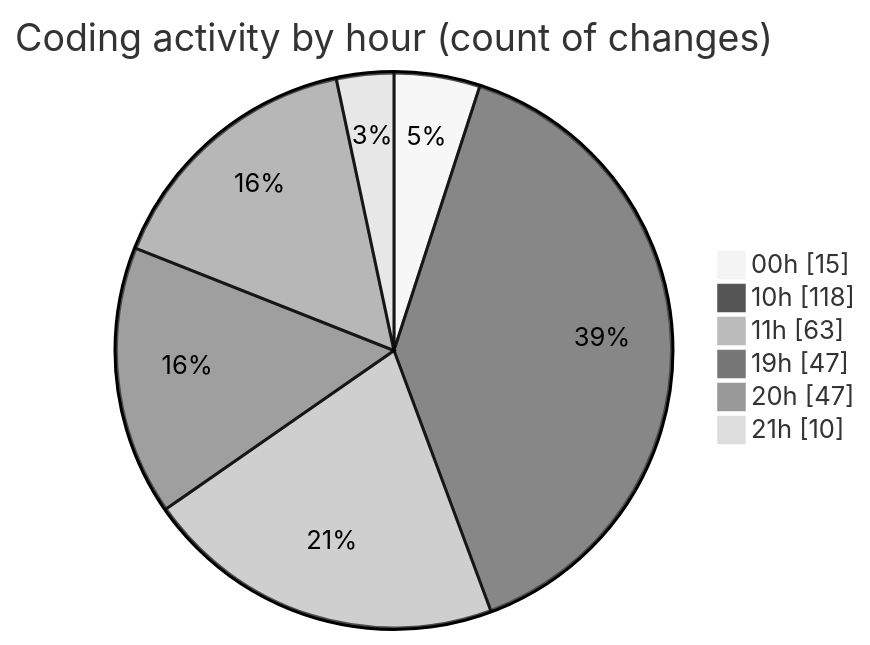
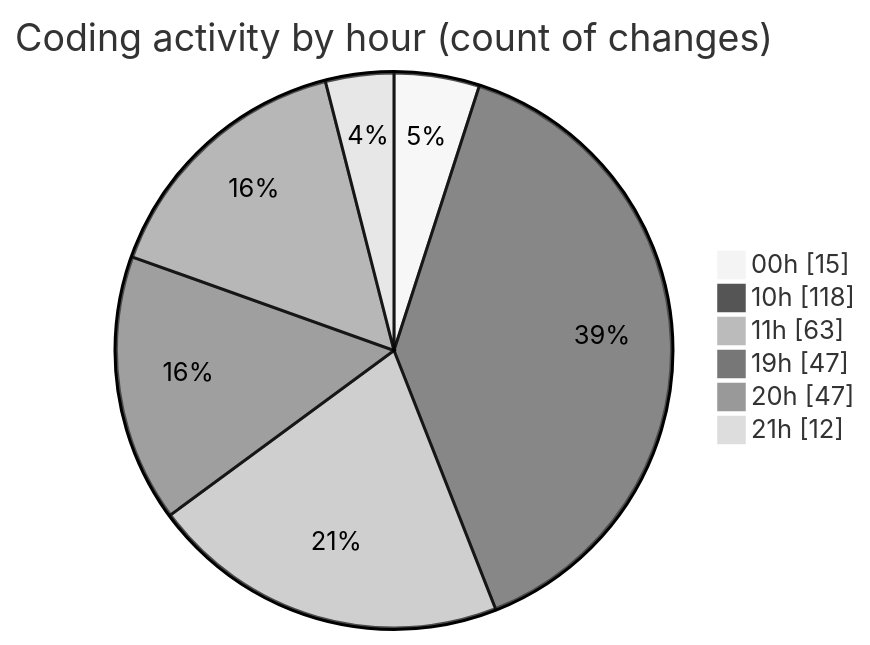
One commit to Ritupan-Deka/code-tracking changed the second of 2 diagrams in 2026-01-11/dsa/README.md. Above: the diagram before and after it, drawn with Mermaid (neutral theme). The commit also changed other lines of this file and 1 other file, not shown here.

````diff
--- a/2026-01-11/dsa/README.md
+++ b/2026-01-11/dsa/README.md
@@ -29,10 +29,10 @@
 ```mermaid
 pie showData
 title Coding activity by hour (count of changes)
 "00h" : 15
 "10h" : 118
 "11h" : 63
 "19h" : 47
 "20h" : 47
-"21h" : 10
+"21h" : 12
 ```
````
